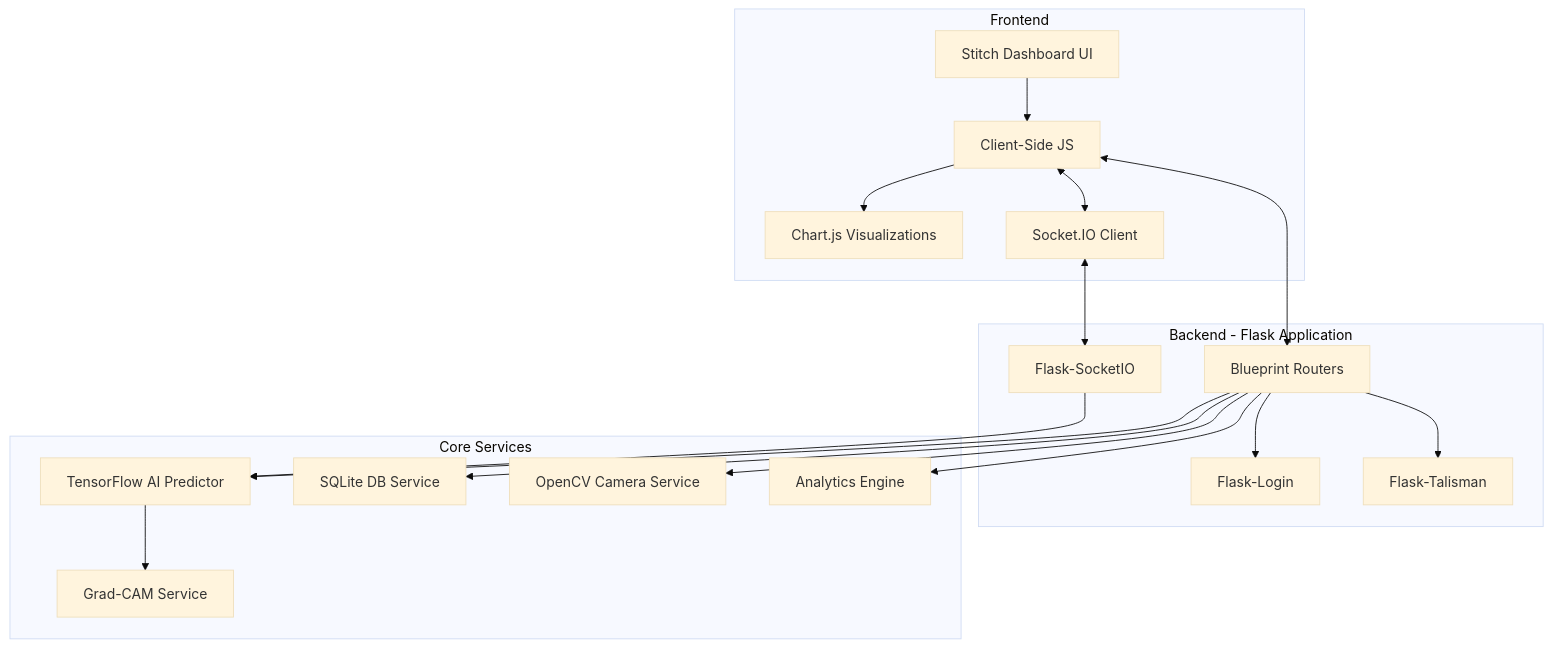
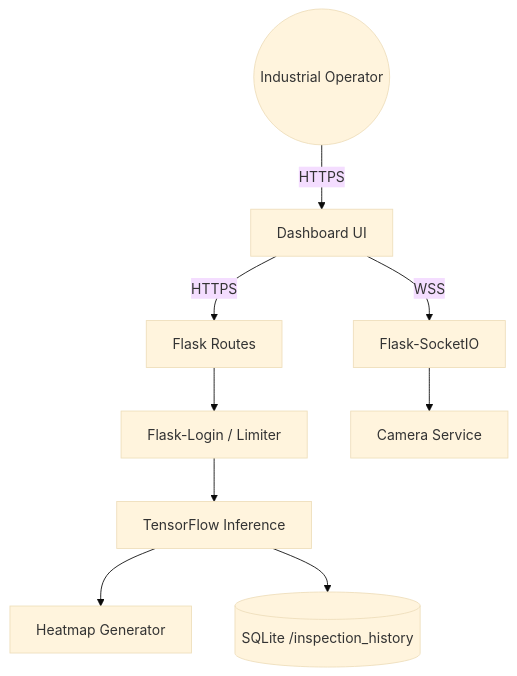
Before and after one commit to JiphinGeorge/SmartCam-AI---Industrial-Quality-Control-System: the diagram in README.md, drawn with Mermaid (base theme). The commit also changed other lines of this file and 11 other files, not shown here.

Commit message:
docs: implement project documentation, automated screenshot generation, and database schema tracking

````diff
--- a/README.md
+++ b/README.md
@@ -21,43 +79,13 @@
 ```mermaid
 graph TD
-    %% Architecture Diagram
-    subgraph Frontend
-        UI[Stitch Dashboard UI]
-        JS[Client-Side JS]
-        Charts[Chart.js Visualizations]
-        Sockets[Socket.IO Client]
-        
-        UI --> JS
-        JS --> Charts
-        JS <--> Sockets
-    end
-
-    subgraph Backend - Flask Application
-        Router[Blueprint Routers]
-        Auth[Flask-Login]
-        Security[Flask-Talisman]
-        WSServer[Flask-SocketIO]
-        
-        Router --> Auth
-        Router --> Security
-    end
-
-    subgraph Core Services
-        Predictor[TensorFlow AI Predictor]
-        GradCam[Grad-CAM Service]
-        Database[SQLite DB Service]
-        Camera[OpenCV Camera Service]
-        Analytics[Analytics Engine]
-    end
+    User((Industrial Operator)) -->|HTTPS| WebBrowser[Dashboard UI]
+    WebBrowser -->|WSS| WebSocket[Flask-SocketIO]
+    WebBrowser -->|HTTPS| FlaskAPI[Flask Routes]
     
-    %% Connections
-    JS <--> Router
-    Sockets <--> WSServer
+    FlaskAPI --> Security[Flask-Login / Limiter]
+    Security --> TFEngine[TensorFlow Inference]
+    WebSocket --> OpenCV[Camera Service]
     
-    Router --> Predictor
-    Router --> Database
-    Router --> Analytics
-    Router --> Camera
-    WSServer --> Predictor
-    Predictor --> GradCam
+    TFEngine --> GradCAM[Heatmap Generator]
+    TFEngine --> DB[(SQLite /inspection_history)]
 ```
````
